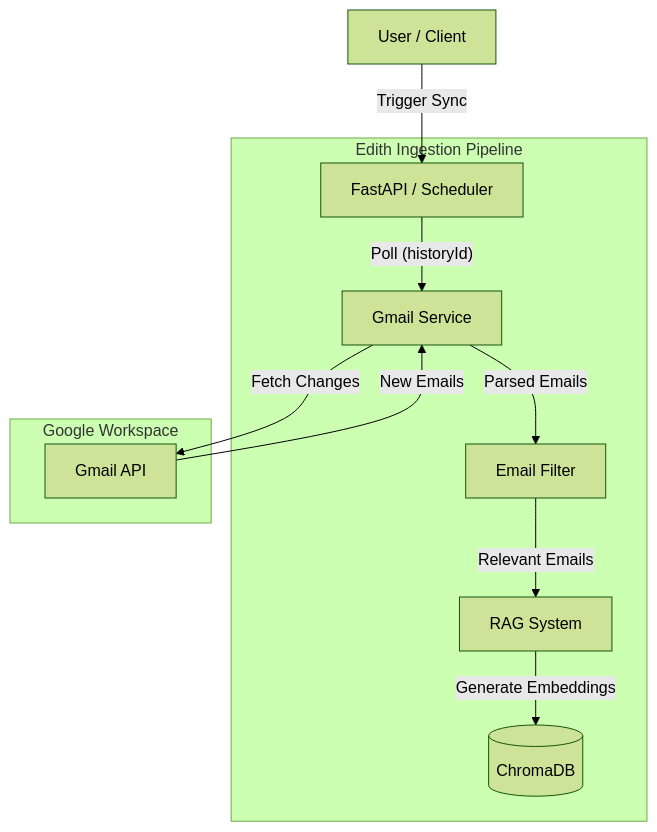
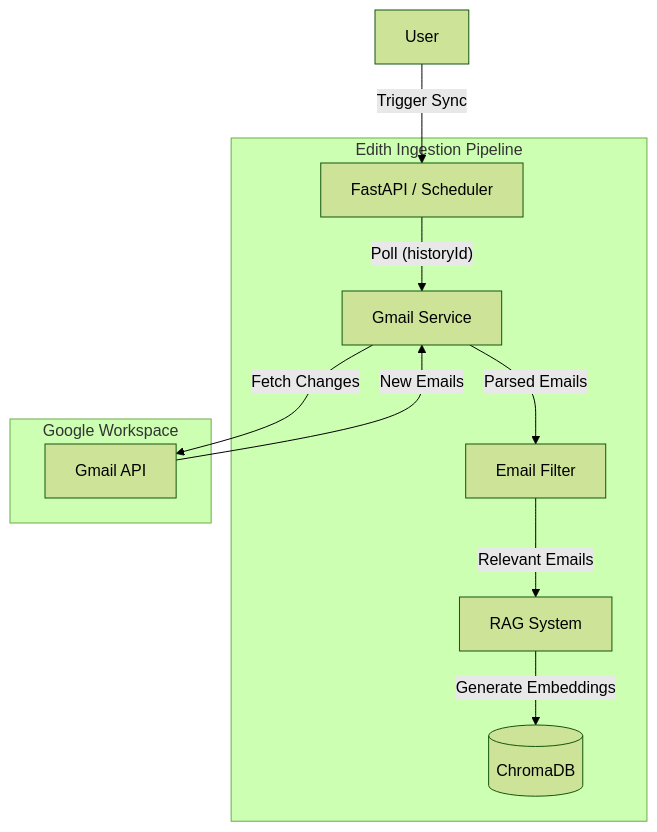
Before and after one commit to ChrisBryann/edith: the first of 2 diagrams in DESIGN.md, drawn with Mermaid (forest theme). The commit also changed other lines of this file and 16 other files, not shown here.

````diff
--- a/DESIGN.md
+++ b/DESIGN.md
@@ -8,24 +8,24 @@
 ```mermaid
 graph TD
-    User[User / Client]
+    User[User]
     
     subgraph "Edith Ingestion Pipeline"
         API[FastAPI / Scheduler]
         Gmail[Gmail Service]
         Filter[Email Filter]
         RAG[RAG System]
         DB[(ChromaDB)]
     end
     
     subgraph "Google Workspace"
         G_API[Gmail API]
     end
 
     User -- "Trigger Sync" --> API
     API -- "Poll (historyId)" --> Gmail
     Gmail -- "Fetch Changes" --> G_API
     G_API -- "New Emails" --> Gmail
     Gmail -- "Parsed Emails" --> Filter
     Filter -- "Relevant Emails" --> RAG
     RAG -- "Generate Embeddings" --> DB
 ```
````
